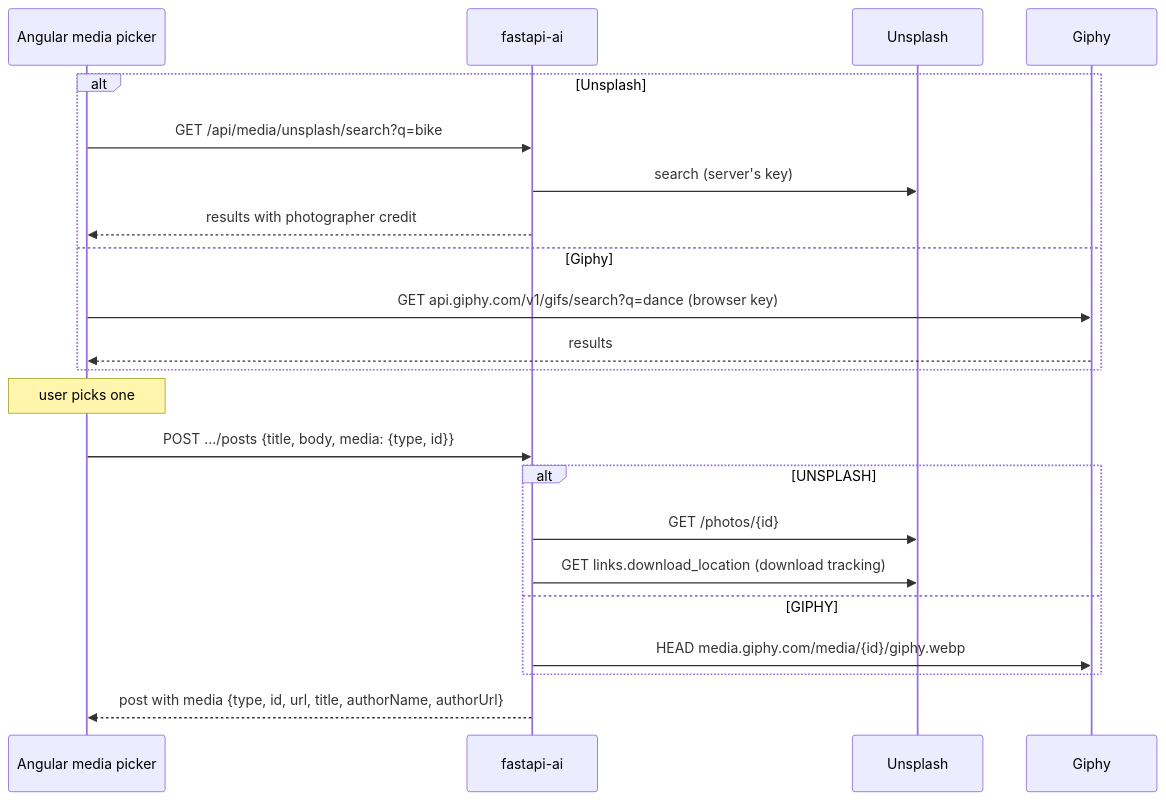
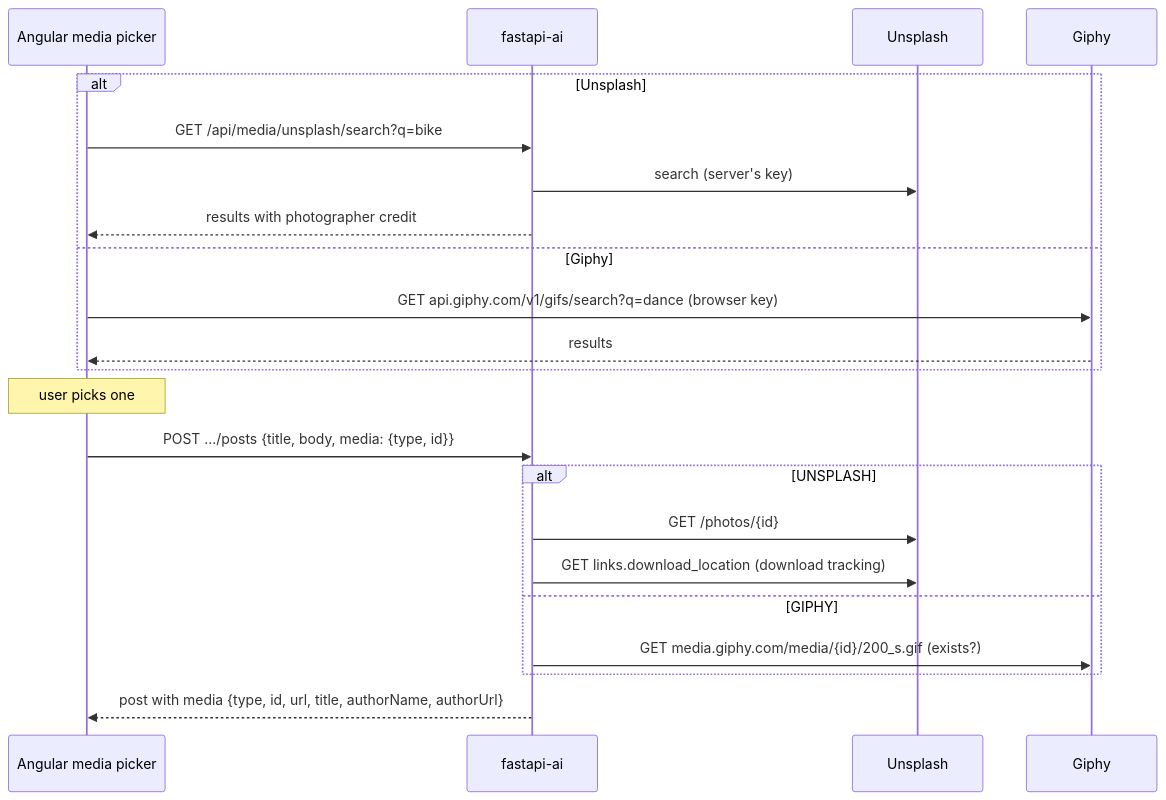
The fifth of 6 diagrams in Tutorials/fastapi-ai/docs/social-groups.md (wilferraciolli/PythonTutorials), drawn with Mermaid before and after one commit. The commit also changed other lines of this file and 4 other files, not shown here.

````diff
--- a/Tutorials/fastapi-ai/docs/social-groups.md
+++ b/Tutorials/fastapi-ai/docs/social-groups.md
@@ -366,24 +366,24 @@
 ```mermaid
 sequenceDiagram
     participant UI as Angular media picker
     participant API as fastapi-ai
     participant U as Unsplash
     participant G as Giphy
     alt Unsplash
         UI->>API: GET /api/media/unsplash/search?q=bike
         API->>U: search (server's key)
         API-->>UI: results with photographer credit
     else Giphy
         UI->>G: GET api.giphy.com/v1/gifs/search?q=dance (browser key)
         G-->>UI: results
     end
     Note over UI: user picks one
     UI->>API: POST .../posts {title, body, media: {type, id}}
     alt UNSPLASH
         API->>U: GET /photos/{id}
         API->>U: GET links.download_location (download tracking)
     else GIPHY
-        API->>G: HEAD media.giphy.com/media/{id}/giphy.webp
+        API->>G: GET media.giphy.com/media/{id}/200_s.gif (exists?)
     end
     API-->>UI: post with media {type, id, url, title, authorName, authorUrl}
 ```
````
